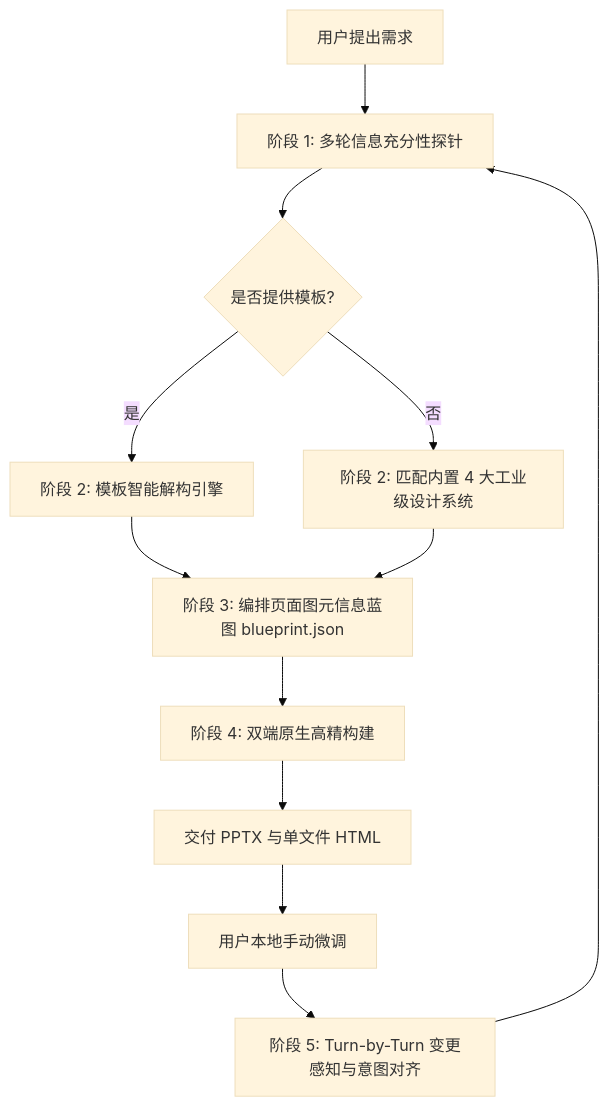
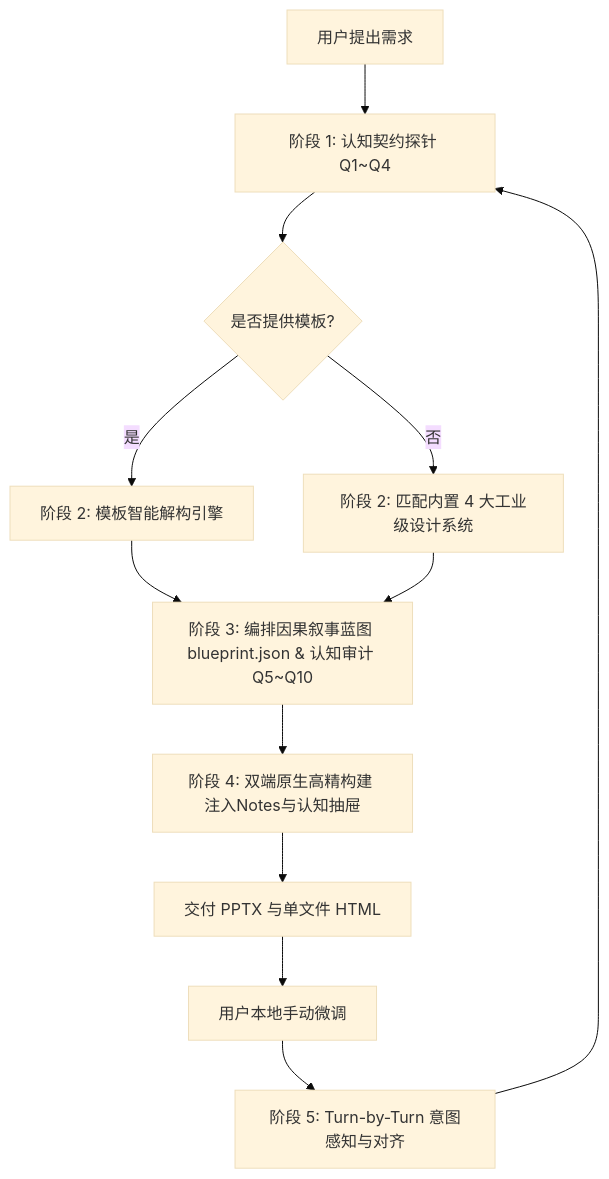
One commit to kts-kris/undoPPT changed the diagram in SKILL.md. Above: the diagram before and after it, drawn with Mermaid (base theme). The commit also changed other lines of this file and 15 other files, not shown here.

First line of the commit message:
feat: release v1.1.0 - Cognitive Content Architecture & Quality Protocol

````diff
--- a/SKILL.md
+++ b/SKILL.md
@@ -52,14 +65,14 @@
 ```mermaid
 graph TD
-    A[用户提出需求] --> B[阶段 1: 多轮信息充分性探针]
+    A[用户提出需求] --> B[阶段 1: 认知契约探针 Q1~Q4]
     B --> C{是否提供模板?}
     C -- 是 --> D[阶段 2: 模板智能解构引擎]
     C -- 否 --> E[阶段 2: 匹配内置 4 大工业级设计系统]
-    D --> F[阶段 3: 编排页面图元信息蓝图 blueprint.json]
+    D --> F[阶段 3: 编排因果叙事蓝图 blueprint.json & 认知审计 Q5~Q10]
     E --> F
-    F --> G[阶段 4: 双端原生高精构建]
+    F --> G[阶段 4: 双端原生高精构建 注入Notes与认知抽屉]
     G --> H[交付 PPTX 与单文件 HTML]
     H --> I[用户本地手动微调]
-    I --> J[阶段 5: Turn-by-Turn 变更感知与意图对齐]
+    I --> J[阶段 5: Turn-by-Turn 意图感知与对齐]
     J --> B
 ```
````
